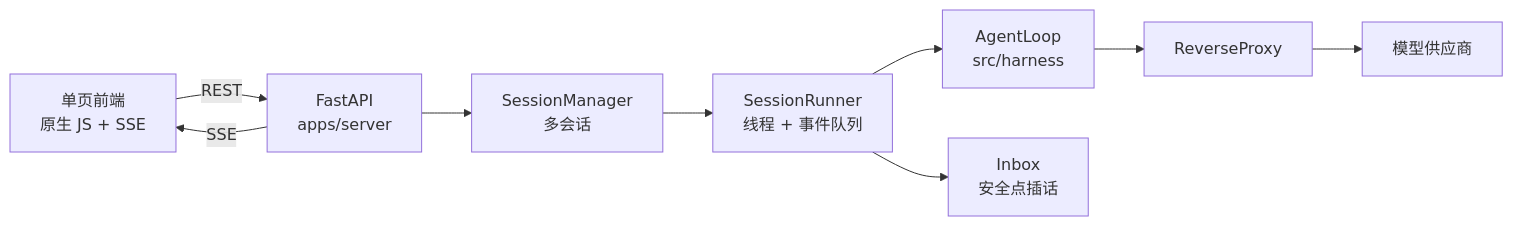
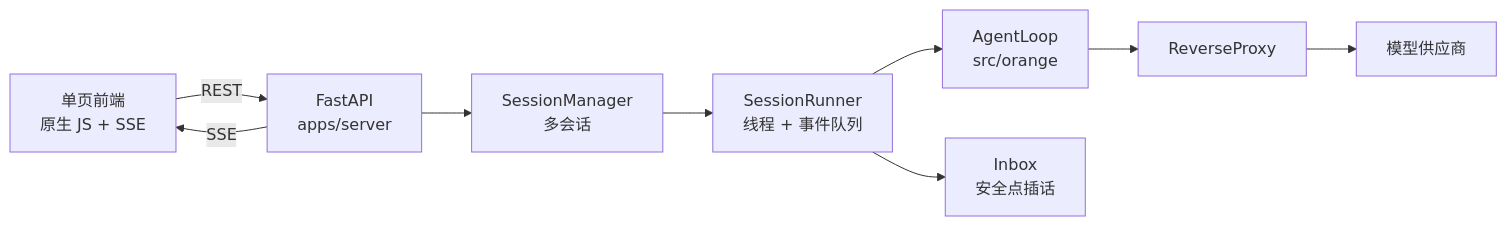
The diagram in docs/05-Web前端.md (gammer0/OrangeAgent), drawn with Mermaid before and after one commit. The commit also changed other lines of this file and 146 other files, not shown here.

First line of the commit message:
refactor: 项目更名为 orange，精简设置项，换用沙糖桔图标

````diff
--- a/docs/05-Web前端.md
+++ b/docs/05-Web前端.md
@@ -163,11 +163,11 @@
 ```mermaid
 flowchart LR
     UI["单页前端<br/>原生 JS + SSE"] -->|"REST"| API["FastAPI<br/>apps/server"]
     API -->|"SSE"| UI
     API --> SM["SessionManager<br/>多会话"]
     SM --> SR["SessionRunner<br/>线程 + 事件队列"]
-    SR --> LOOP["AgentLoop<br/>src/harness"]
+    SR --> LOOP["AgentLoop<br/>src/orange"]
     LOOP --> PROXY["ReverseProxy"]
     PROXY --> LLM["模型供应商"]
     SR --> INBOX["Inbox<br/>安全点插话"]
 ```
````
